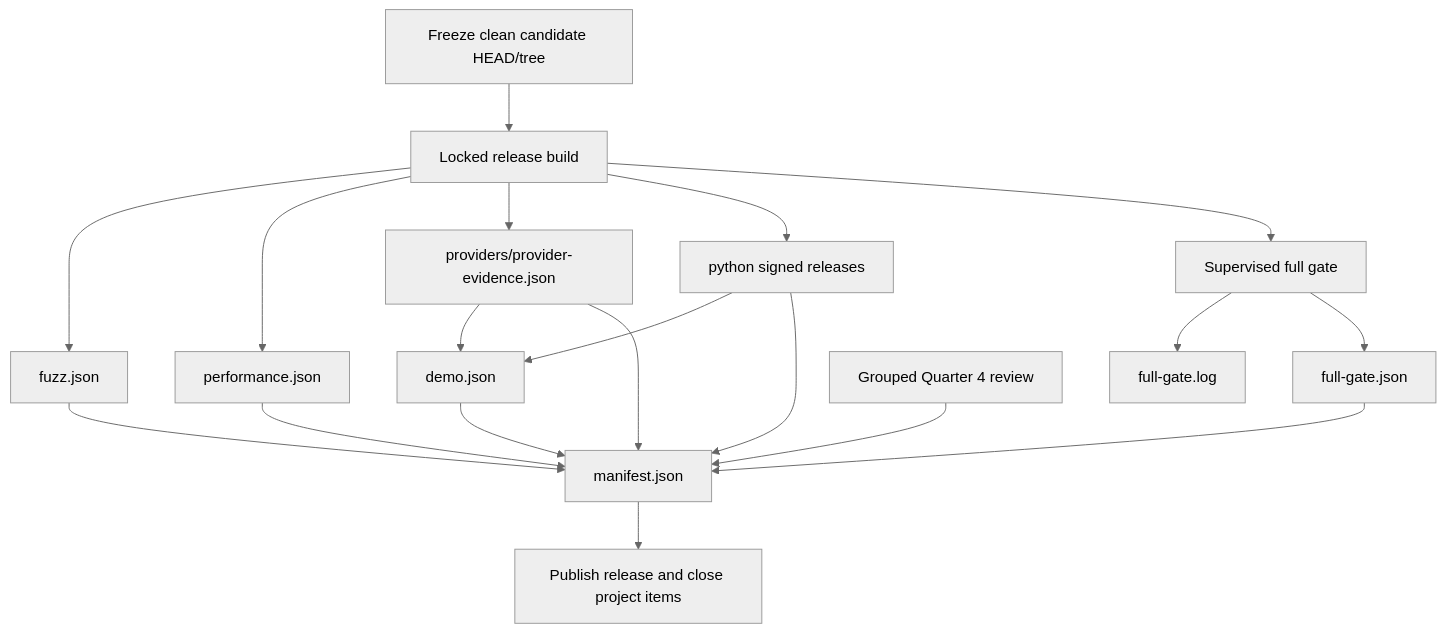
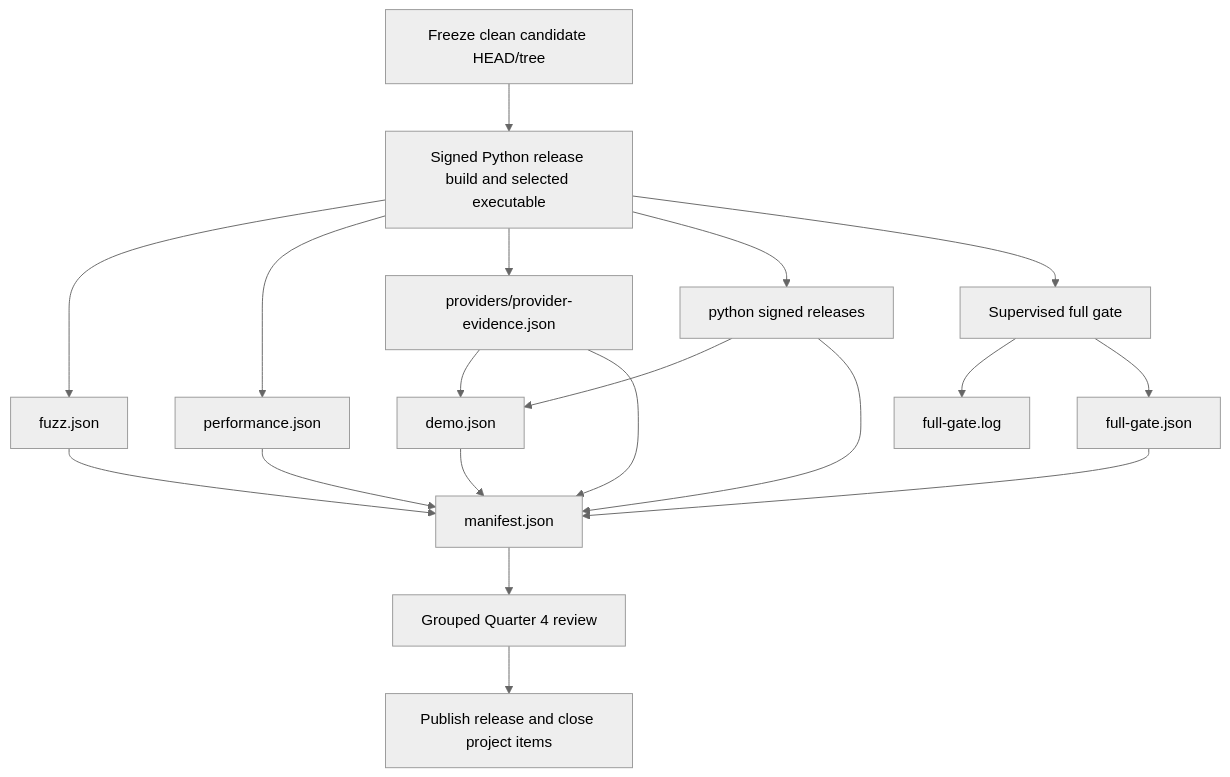
Before and after one commit to Sawmonabo/market-squawk: the diagram in docs/verification/usable-release-gate.md, drawn with Mermaid (neutral theme). The commit also changed other lines of this file and 41 other files, not shown here.

````diff
--- a/docs/verification/usable-release-gate.md
+++ b/docs/verification/usable-release-gate.md
@@ -53,35 +53,35 @@
 ```mermaid
 flowchart TD
     Freeze["Freeze clean candidate HEAD/tree"]
-    Build["Locked release build"]
+    Build["Signed Python release build and selected executable"]
     Fuzz["fuzz.json"]
     Perf["performance.json"]
     Providers["providers/provider-evidence.json"]
     Python["python signed releases"]
     Demo["demo.json"]
     Gate["Supervised full gate"]
     GateLog["full-gate.log"]
     GateReceipt["full-gate.json"]
+    Close["manifest.json"]
     Review["Grouped Quarter 4 review"]
-    Close["manifest.json"]
     Publish["Publish release and close project items"]
 
     Freeze --> Build
     Build --> Fuzz
     Build --> Perf
     Build --> Providers
     Build --> Python
     Providers --> Demo
     Python --> Demo
     Build --> Gate
     Gate --> GateLog
     Gate --> GateReceipt
     Fuzz --> Close
     Perf --> Close
     Providers --> Close
     Python --> Close
     Demo --> Close
     GateReceipt --> Close
-    Review --> Close
-    Close --> Publish
+    Close --> Review
+    Review --> Publish
 ```
````
